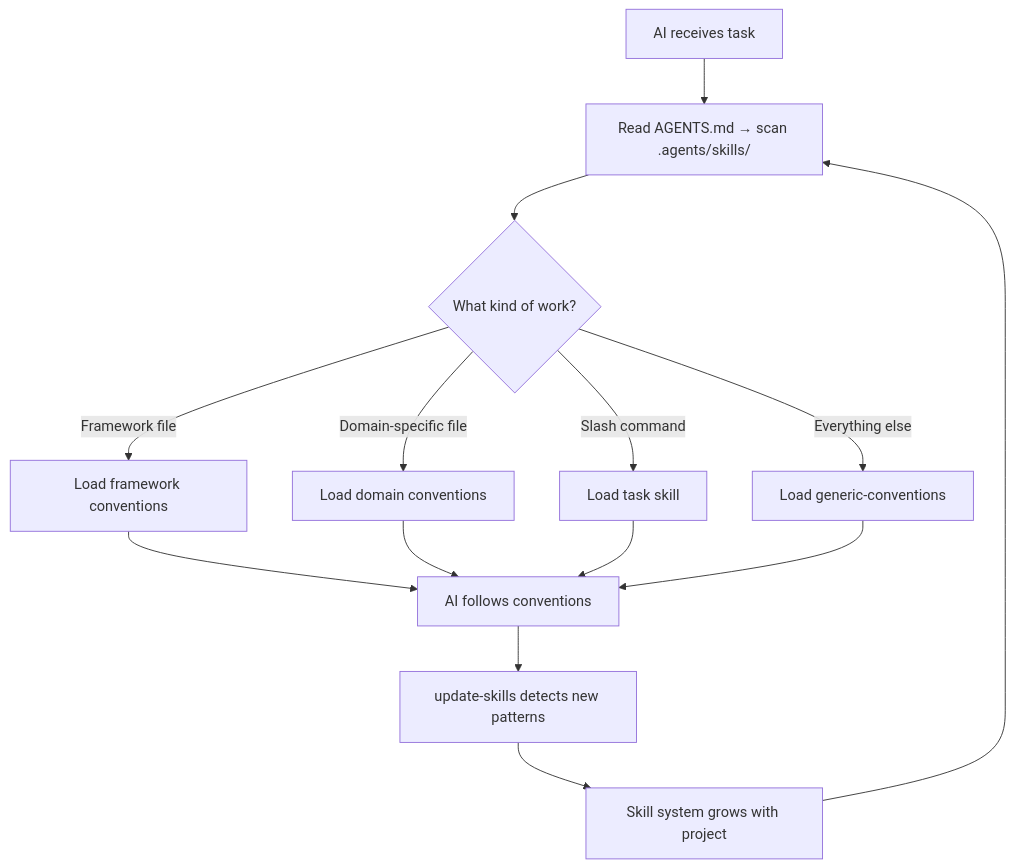
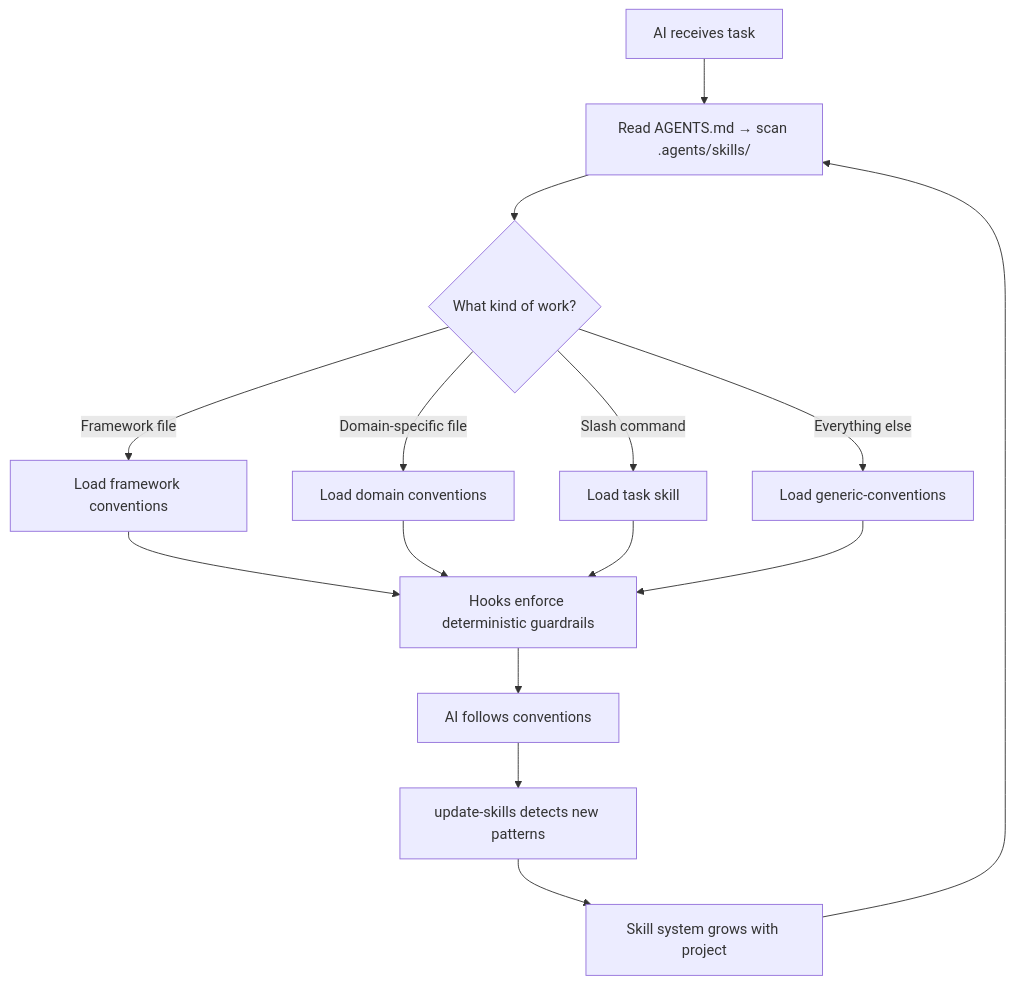
One commit to jtmb/ingenium changed the second of 2 diagrams in README.md. Above: the diagram before and after it, drawn with Mermaid. The commit also changed other lines of this file and 5 other files, not shown here.

````diff
--- a/README.md
+++ b/README.md
@@ -222,16 +224,17 @@
 ```mermaid
 graph TD
     A[AI receives task] --> B[Read AGENTS.md → scan .agents/skills/]
     B --> C{What kind of work?}
     C -->|Framework file| D[Load framework conventions]
     C -->|Domain-specific file| E[Load domain conventions]
     C -->|Slash command| F[Load task skill]
     C -->|Everything else| G[Load generic-conventions]
-    D --> H[AI follows conventions]
+    D --> H[Hooks enforce deterministic guardrails]
     E --> H
     F --> H
     G --> H
-    H --> I[update-skills detects new patterns]
-    I --> J[Skill system grows with project]
-    J --> B
+    H --> I[AI follows conventions]
+    I --> J[update-skills detects new patterns]
+    J --> K[Skill system grows with project]
+    K --> B
 ```
````
